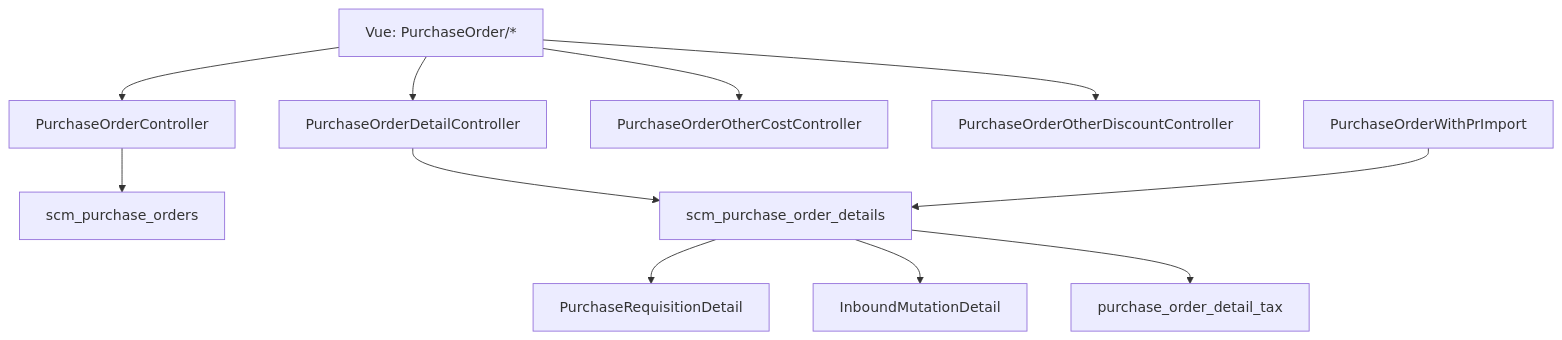
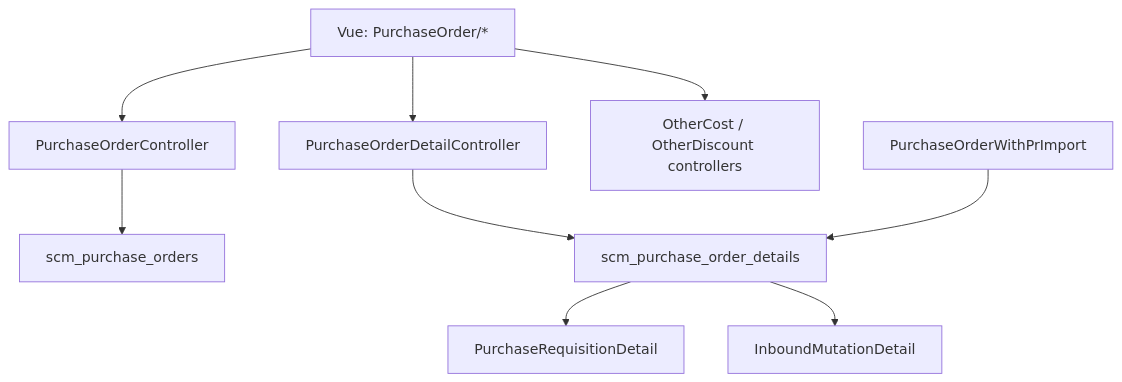
One commit to yendyr/olshoperp-docs changed the first of 2 diagrams in qa-docs/supplychain-purchase-order/technical.md. Above: the diagram before and after it, drawn with Mermaid. The commit also changed other lines of this file and 49 other files, not shown here.

````diff
--- a/qa-docs/supplychain-purchase-order/technical.md
+++ b/qa-docs/supplychain-purchase-order/technical.md
@@ -18,13 +54,11 @@
 ```mermaid
 flowchart TB
     FE["Vue: PurchaseOrder/*"] --> POC["PurchaseOrderController"]
     FE --> PODC["PurchaseOrderDetailController"]
-    FE --> POOC["PurchaseOrderOtherCostController"]
-    FE --> POOD["PurchaseOrderOtherDiscountController"]
+    FE --> POOC["OtherCost / OtherDiscount controllers"]
     POC --> PO["scm_purchase_orders"]
     PODC --> POD["scm_purchase_order_details"]
     POD --> PRD["PurchaseRequisitionDetail"]
     POD --> GRN["InboundMutationDetail"]
-    POD --> TAX["purchase_order_detail_tax"]
     IMP["PurchaseOrderWithPrImport"] --> POD
 ```
````
